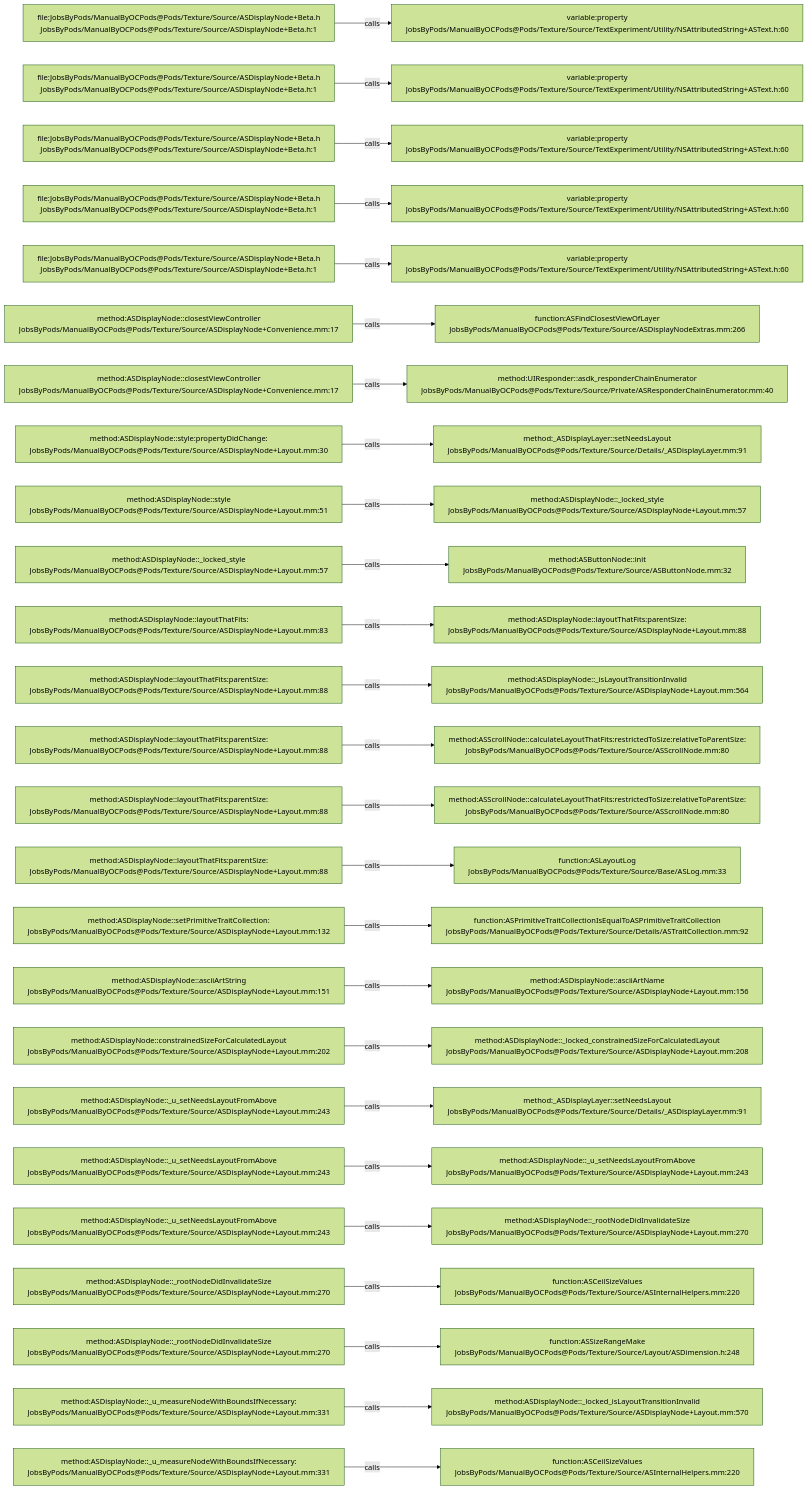
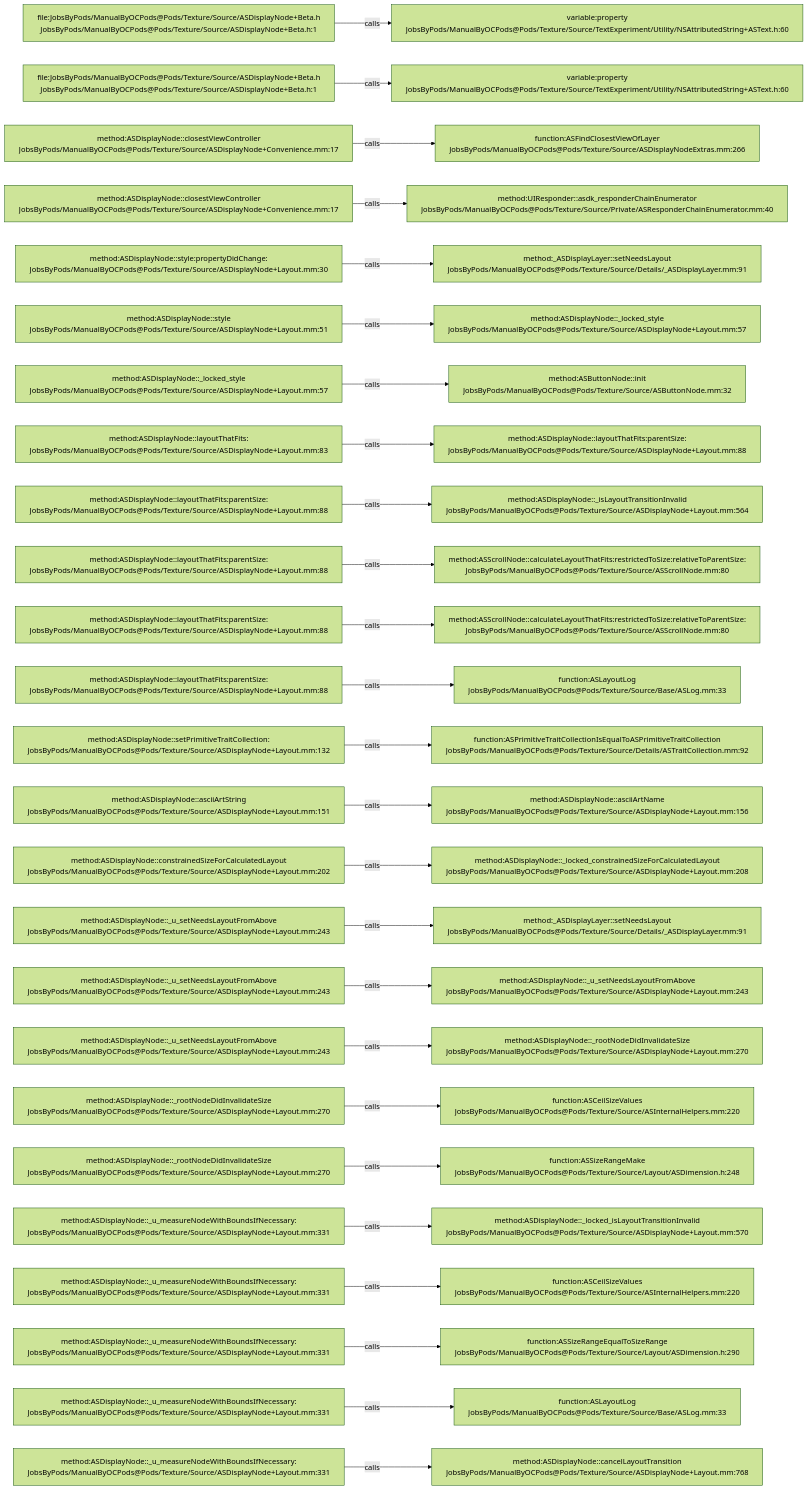
One commit to JobsKits/JobsOCBaseConfigDemo changed the diagram in .codegraph/codegraph.md/graphs/calls-092.md. Above: the diagram before and after it, drawn with Mermaid (forest theme). The commit also changed 342 other files, not shown here.

````diff
--- a/.codegraph/codegraph.md/graphs/calls-092.md
+++ b/.codegraph/codegraph.md/graphs/calls-092.md
@@ -13,78 +13,78 @@
 ```mermaid
 flowchart LR
   S1["file:JobsByPods/ManualByOCPods@Pods/Texture/Source/ASDisplayNode+Beta.h<br/>JobsByPods/ManualByOCPods@Pods/Texture/Source/ASDisplayNode+Beta.h:1"]
   T1["variable:property<br/>JobsByPods/ManualByOCPods@Pods/Texture/Source/TextExperiment/Utility/NSAttributedString+ASText.h:60"]
   S1 -->|calls| T1
   S2["file:JobsByPods/ManualByOCPods@Pods/Texture/Source/ASDisplayNode+Beta.h<br/>JobsByPods/ManualByOCPods@Pods/Texture/Source/ASDisplayNode+Beta.h:1"]
   T2["variable:property<br/>JobsByPods/ManualByOCPods@Pods/Texture/Source/TextExperiment/Utility/NSAttributedString+ASText.h:60"]
   S2 -->|calls| T2
-  S3["file:JobsByPods/ManualByOCPods@Pods/Texture/Source/ASDisplayNode+Beta.h<br/>JobsByPods/ManualByOCPods@Pods/Texture/Source/ASDisplayNode+Beta.h:1"]
-  T3["variable:property<br/>JobsByPods/ManualByOCPods@Pods/Texture/Source/TextExperiment/Utility/NSAttributedString+ASText.h:60"]
+  S3["method:ASDisplayNode::closestViewController<br/>JobsByPods/ManualByOCPods@Pods/Texture/Source/ASDisplayNode+Convenience.mm:17"]
+  T3["function:ASFindClosestViewOfLayer<br/>JobsByPods/ManualByOCPods@Pods/Texture/Source/ASDisplayNodeExtras.mm:266"]
   S3 -->|calls| T3
-  S4["file:JobsByPods/ManualByOCPods@Pods/Texture/Source/ASDisplayNode+Beta.h<br/>JobsByPods/ManualByOCPods@Pods/Texture/Source/ASDisplayNode+Beta.h:1"]
-  T4["variable:property<br/>JobsByPods/ManualByOCPods@Pods/Texture/Source/TextExperiment/Utility/NSAttributedString+ASText.h:60"]
+  S4["method:ASDisplayNode::closestViewController<br/>JobsByPods/ManualByOCPods@Pods/Texture/Source/ASDisplayNode+Convenience.mm:17"]
+  T4["method:UIResponder::asdk_responderChainEnumerator<br/>JobsByPods/ManualByOCPods@Pods/Texture/Source/Private/ASResponderChainEnumerator.mm:40"]
   S4 -->|calls| T4
-  S5["file:JobsByPods/ManualByOCPods@Pods/Texture/Source/ASDisplayNode+Beta.h<br/>JobsByPods/ManualByOCPods@Pods/Texture/Source/ASDisplayNode+Beta.h:1"]
-  T5["variable:property<br/>JobsByPods/ManualByOCPods@Pods/Texture/Source/TextExperiment/Utility/NSAttributedString+ASText.h:60"]
+  S5["method:ASDisplayNode::style:propertyDidChange:<br/>JobsByPods/ManualByOCPods@Pods/Texture/Source/ASDisplayNode+Layout.mm:30"]
+  T5["method:_ASDisplayLayer::setNeedsLayout<br/>JobsByPods/ManualByOCPods@Pods/Texture/Source/Details/_ASDisplayLayer.mm:91"]
   S5 -->|calls| T5
-  S6["method:ASDisplayNode::closestViewController<br/>JobsByPods/ManualByOCPods@Pods/Texture/Source/ASDisplayNode+Convenience.mm:17"]
-  T6["function:ASFindClosestViewOfLayer<br/>JobsByPods/ManualByOCPods@Pods/Texture/Source/ASDisplayNodeExtras.mm:266"]
+  S6["method:ASDisplayNode::style<br/>JobsByPods/ManualByOCPods@Pods/Texture/Source/ASDisplayNode+Layout.mm:51"]
+  T6["method:ASDisplayNode::_locked_style<br/>JobsByPods/ManualByOCPods@Pods/Texture/Source/ASDisplayNode+Layout.mm:57"]
   S6 -->|calls| T6
-  S7["method:ASDisplayNode::closestViewController<br/>JobsByPods/ManualByOCPods@Pods/Texture/Source/ASDisplayNode+Convenience.mm:17"]
-  T7["method:UIResponder::asdk_responderChainEnumerator<br/>JobsByPods/ManualByOCPods@Pods/Texture/Source/Private/ASResponderChainEnumerator.mm:40"]
+  S7["method:ASDisplayNode::_locked_style<br/>JobsByPods/ManualByOCPods@Pods/Texture/Source/ASDisplayNode+Layout.mm:57"]
+  T7["method:ASButtonNode::init<br/>JobsByPods/ManualByOCPods@Pods/Texture/Source/ASButtonNode.mm:32"]
   S7 -->|calls| T7
-  S8["method:ASDisplayNode::style:propertyDidChange:<br/>JobsByPods/ManualByOCPods@Pods/Texture/Source/ASDisplayNode+Layout.mm:30"]
-  T8["method:_ASDisplayLayer::setNeedsLayout<br/>JobsByPods/ManualByOCPods@Pods/Texture/Source/Details/_ASDisplayLayer.mm:91"]
+  S8["method:ASDisplayNode::layoutThatFits:<br/>JobsByPods/ManualByOCPods@Pods/Texture/Source/ASDisplayNode+Layout.mm:83"]
+  T8["method:ASDisplayNode::layoutThatFits:parentSize:<br/>JobsByPods/ManualByOCPods@Pods/Texture/Source/ASDisplayNode+Layout.mm:88"]
   S8 -->|calls| T8
-  S9["method:ASDisplayNode::style<br/>JobsByPods/ManualByOCPods@Pods/Texture/Source/ASDisplayNode+Layout.mm:51"]
-  T9["method:ASDisplayNode::_locked_style<br/>JobsByPods/ManualByOCPods@Pods/Texture/Source/ASDisplayNode+Layout.mm:57"]
+  S9["method:ASDisplayNode::layoutThatFits:parentSize:<br/>JobsByPods/ManualByOCPods@Pods/Texture/Source/ASDisplayNode+Layout.mm:88"]
+  T9["method:ASDisplayNode::_isLayoutTransitionInvalid<br/>JobsByPods/ManualByOCPods@Pods/Texture/Source/ASDisplayNode+Layout.mm:564"]
   S9 -->|calls| T9
-  S10["method:ASDisplayNode::_locked_style<br/>JobsByPods/ManualByOCPods@Pods/Texture/Source/ASDisplayNode+Layout.mm:57"]
-  T10["method:ASButtonNode::init<br/>JobsByPods/ManualByOCPods@Pods/Texture/Source/ASButtonNode.mm:32"]
+  S10["method:ASDisplayNode::layoutThatFits:parentSize:<br/>JobsByPods/ManualByOCPods@Pods/Texture/Source/ASDisplayNode+Layout.mm:88"]
+  T10["method:ASScrollNode::calculateLayoutThatFits:restrictedToSize:relativeToParentSize:<br/>JobsByPods/ManualByOCPods@Pods/Texture/Source/ASScrollNode.mm:80"]
   S10 -->|calls| T10
-  S11["method:ASDisplayNode::layoutThatFits:<br/>JobsByPods/ManualByOCPods@Pods/Texture/Source/ASDisplayNode+Layout.mm:83"]
-  T11["method:ASDisplayNode::layoutThatFits:parentSize:<br/>JobsByPods/ManualByOCPods@Pods/Texture/Source/ASDisplayNode+Layout.mm:88"]
+  S11["method:ASDisplayNode::layoutThatFits:parentSize:<br/>JobsByPods/ManualByOCPods@Pods/Texture/Source/ASDisplayNode+Layout.mm:88"]
+  T11["method:ASScrollNode::calculateLayoutThatFits:restrictedToSize:relativeToParentSize:<br/>JobsByPods/ManualByOCPods@Pods/Texture/Source/ASScrollNode.mm:80"]
   S11 -->|calls| T11
   S12["method:ASDisplayNode::layoutThatFits:parentSize:<br/>JobsByPods/ManualByOCPods@Pods/Texture/Source/ASDisplayNode+Layout.mm:88"]
-  T12["method:ASDisplayNode::_isLayoutTransitionInvalid<br/>JobsByPods/ManualByOCPods@Pods/Texture/Source/ASDisplayNode+Layout.mm:564"]
+  T12["function:ASLayoutLog<br/>JobsByPods/ManualByOCPods@Pods/Texture/Source/Base/ASLog.mm:33"]
   S12 -->|calls| T12
-  S13["method:ASDisplayNode::layoutThatFits:parentSize:<br/>JobsByPods/ManualByOCPods@Pods/Texture/Source/ASDisplayNode+Layout.mm:88"]
-  T13["method:ASScrollNode::calculateLayoutThatFits:restrictedToSize:relativeToParentSize:<br/>JobsByPods/ManualByOCPods@Pods/Texture/Source/ASScrollNode.mm:80"]
+  S13["method:ASDisplayNode::setPrimitiveTraitCollection:<br/>JobsByPods/ManualByOCPods@Pods/Texture/Source/ASDisplayNode+Layout.mm:132"]
+  T13["function:ASPrimitiveTraitCollectionIsEqualToASPrimitiveTraitCollection<br/>JobsByPods/ManualByOCPods@Pods/Texture/Source/Details/ASTraitCollection.mm:92"]
   S13 -->|calls| T13
-  S14["method:ASDisplayNode::layoutThatFits:parentSize:<br/>JobsByPods/ManualByOCPods@Pods/Texture/Source/ASDisplayNode+Layout.mm:88"]
-  T14["method:ASScrollNode::calculateLayoutThatFits:restrictedToSize:relativeToParentSize:<br/>JobsByPods/ManualByOCPods@Pods/Texture/Source/ASScrollNode.mm:80"]
+  S14["method:ASDisplayNode::asciiArtString<br/>JobsByPods/ManualByOCPods@Pods/Texture/Source/ASDisplayNode+Layout.mm:151"]
+  T14["method:ASDisplayNode::asciiArtName<br/>JobsByPods/ManualByOCPods@Pods/Texture/Source/ASDisplayNode+Layout.mm:156"]
   S14 -->|calls| T14
-  S15["method:ASDisplayNode::layoutThatFits:parentSize:<br/>JobsByPods/ManualByOCPods@Pods/Texture/Source/ASDisplayNode+Layout.mm:88"]
-  T15["function:ASLayoutLog<br/>JobsByPods/ManualByOCPods@Pods/Texture/Source/Base/ASLog.mm:33"]
+  S15["method:ASDisplayNode::constrainedSizeForCalculatedLayout<br/>JobsByPods/ManualByOCPods@Pods/Texture/Source/ASDisplayNode+Layout.mm:202"]
+  T15["method:ASDisplayNode::_locked_constrainedSizeForCalculatedLayout<br/>JobsByPods/ManualByOCPods@Pods/Texture/Source/ASDisplayNode+Layout.mm:208"]
   S15 -->|calls| T15
-  S16["method:ASDisplayNode::setPrimitiveTraitCollection:<br/>JobsByPods/ManualByOCPods@Pods/Texture/Source/ASDisplayNode+Layout.mm:132"]
-  T16["function:ASPrimitiveTraitCollectionIsEqualToASPrimitiveTraitCollection<br/>JobsByPods/ManualByOCPods@Pods/Texture/Source/Details/ASTraitCollection.mm:92"]
+  S16["method:ASDisplayNode::_u_setNeedsLayoutFromAbove<br/>JobsByPods/ManualByOCPods@Pods/Texture/Source/ASDisplayNode+Layout.mm:243"]
+  T16["method:_ASDisplayLayer::setNeedsLayout<br/>JobsByPods/ManualByOCPods@Pods/Texture/Source/Details/_ASDisplayLayer.mm:91"]
   S16 -->|calls| T16
-  S17["method:ASDisplayNode::asciiArtString<br/>JobsByPods/ManualByOCPods@Pods/Texture/Source/ASDisplayNode+Layout.mm:151"]
-  T17["method:ASDisplayNode::asciiArtName<br/>JobsByPods/ManualByOCPods@Pods/Texture/Source/ASDisplayNode+Layout.mm:156"]
+  S17["method:ASDisplayNode::_u_setNeedsLayoutFromAbove<br/>JobsByPods/ManualByOCPods@Pods/Texture/Source/ASDisplayNode+Layout.mm:243"]
+  T17["method:ASDisplayNode::_u_setNeedsLayoutFromAbove<br/>JobsByPods/ManualByOCPods@Pods/Texture/Source/ASDisplayNode+Layout.mm:243"]
   S17 -->|calls| T17
-  S18["method:ASDisplayNode::constrainedSizeForCalculatedLayout<br/>JobsByPods/ManualByOCPods@Pods/Texture/Source/ASDisplayNode+Layout.mm:202"]
-  T18["method:ASDisplayNode::_locked_constrainedSizeForCalculatedLayout<br/>JobsByPods/ManualByOCPods@Pods/Texture/Source/ASDisplayNode+Layout.mm:208"]
+  S18["method:ASDisplayNode::_u_setNeedsLayoutFromAbove<br/>JobsByPods/ManualByOCPods@Pods/Texture/Source/ASDisplayNode+Layout.mm:243"]
+  T18["method:ASDisplayNode::_rootNodeDidInvalidateSize<br/>JobsByPods/ManualByOCPods@Pods/Texture/Source/ASDisplayNode+Layout.mm:270"]
   S18 -->|calls| T18
-  S19["method:ASDisplayNode::_u_setNeedsLayoutFromAbove<br/>JobsByPods/ManualByOCPods@Pods/Texture/Source/ASDisplayNode+Layout.mm:243"]
-  T19["method:_ASDisplayLayer::setNeedsLayout<br/>JobsByPods/ManualByOCPods@Pods/Texture/Source/Details/_ASDisplayLayer.mm:91"]
+  S19["method:ASDisplayNode::_rootNodeDidInvalidateSize<br/>JobsByPods/ManualByOCPods@Pods/Texture/Source/ASDisplayNode+Layout.mm:270"]
+  T19["function:ASCeilSizeValues<br/>JobsByPods/ManualByOCPods@Pods/Texture/Source/ASInternalHelpers.mm:220"]
   S19 -->|calls| T19
-  S20["method:ASDisplayNode::_u_setNeedsLayoutFromAbove<br/>JobsByPods/ManualByOCPods@Pods/Texture/Source/ASDisplayNode+Layout.mm:243"]
-  T20["method:ASDisplayNode::_u_setNeedsLayoutFromAbove<br/>JobsByPods/ManualByOCPods@Pods/Texture/Source/ASDisplayNode+Layout.mm:243"]
+  S20["method:ASDisplayNode::_rootNodeDidInvalidateSize<br/>JobsByPods/ManualByOCPods@Pods/Texture/Source/ASDisplayNode+Layout.mm:270"]
+  T20["function:ASSizeRangeMake<br/>JobsByPods/ManualByOCPods@Pods/Texture/Source/Layout/ASDimension.h:248"]
   S20 -->|calls| T20
-  S21["method:ASDisplayNode::_u_setNeedsLayoutFromAbove<br/>JobsByPods/ManualByOCPods@Pods/Texture/Source/ASDisplayNode+Layout.mm:243"]
-  T21["method:ASDisplayNode::_rootNodeDidInvalidateSize<br/>JobsByPods/ManualByOCPods@Pods/Texture/Source/ASDisplayNode+Layout.mm:270"]
+  S21["method:ASDisplayNode::_u_measureNodeWithBoundsIfNecessary:<br/>JobsByPods/ManualByOCPods@Pods/Texture/Source/ASDisplayNode+Layout.mm:331"]
+  T21["method:ASDisplayNode::_locked_isLayoutTransitionInvalid<br/>JobsByPods/ManualByOCPods@Pods/Texture/Source/ASDisplayNode+Layout.mm:570"]
   S21 -->|calls| T21
-  S22["method:ASDisplayNode::_rootNodeDidInvalidateSize<br/>JobsByPods/ManualByOCPods@Pods/Texture/Source/ASDisplayNode+Layout.mm:270"]
+  S22["method:ASDisplayNode::_u_measureNodeWithBoundsIfNecessary:<br/>JobsByPods/ManualByOCPods@Pods/Texture/Source/ASDisplayNode+Layout.mm:331"]
   T22["function:ASCeilSizeValues<br/>JobsByPods/ManualByOCPods@Pods/Texture/Source/ASInternalHelpers.mm:220"]
   S22 -->|calls| T22
-  S23["method:ASDisplayNode::_rootNodeDidInvalidateSize<br/>JobsByPods/ManualByOCPods@Pods/Texture/Source/ASDisplayNode+Layout.mm:270"]
-  T23["function:ASSizeRangeMake<br/>JobsByPods/ManualByOCPods@Pods/Texture/Source/Layout/ASDimension.h:248"]
+  S23["method:ASDisplayNode::_u_measureNodeWithBoundsIfNecessary:<br/>JobsByPods/ManualByOCPods@Pods/Texture/Source/ASDisplayNode+Layout.mm:331"]
+  T23["function:ASSizeRangeEqualToSizeRange<br/>JobsByPods/ManualByOCPods@Pods/Texture/Source/Layout/ASDimension.h:290"]
   S23 -->|calls| T23
   S24["method:ASDisplayNode::_u_measureNodeWithBoundsIfNecessary:<br/>JobsByPods/ManualByOCPods@Pods/Texture/Source/ASDisplayNode+Layout.mm:331"]
-  T24["method:ASDisplayNode::_locked_isLayoutTransitionInvalid<br/>JobsByPods/ManualByOCPods@Pods/Texture/Source/ASDisplayNode+Layout.mm:570"]
+  T24["function:ASLayoutLog<br/>JobsByPods/ManualByOCPods@Pods/Texture/Source/Base/ASLog.mm:33"]
   S24 -->|calls| T24
   S25["method:ASDisplayNode::_u_measureNodeWithBoundsIfNecessary:<br/>JobsByPods/ManualByOCPods@Pods/Texture/Source/ASDisplayNode+Layout.mm:331"]
-  T25["function:ASCeilSizeValues<br/>JobsByPods/ManualByOCPods@Pods/Texture/Source/ASInternalHelpers.mm:220"]
+  T25["method:ASDisplayNode::cancelLayoutTransition<br/>JobsByPods/ManualByOCPods@Pods/Texture/Source/ASDisplayNode+Layout.mm:768"]
   S25 -->|calls| T25
 ```
````
